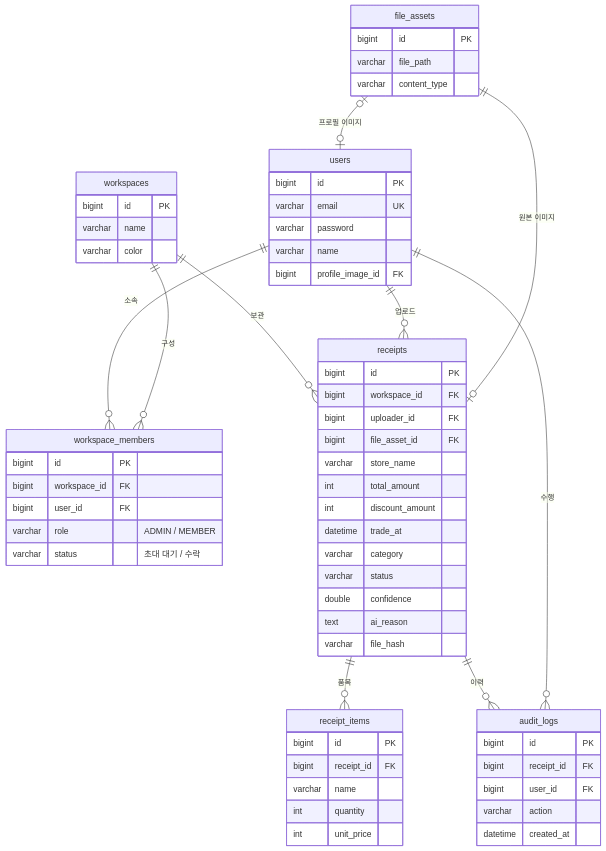
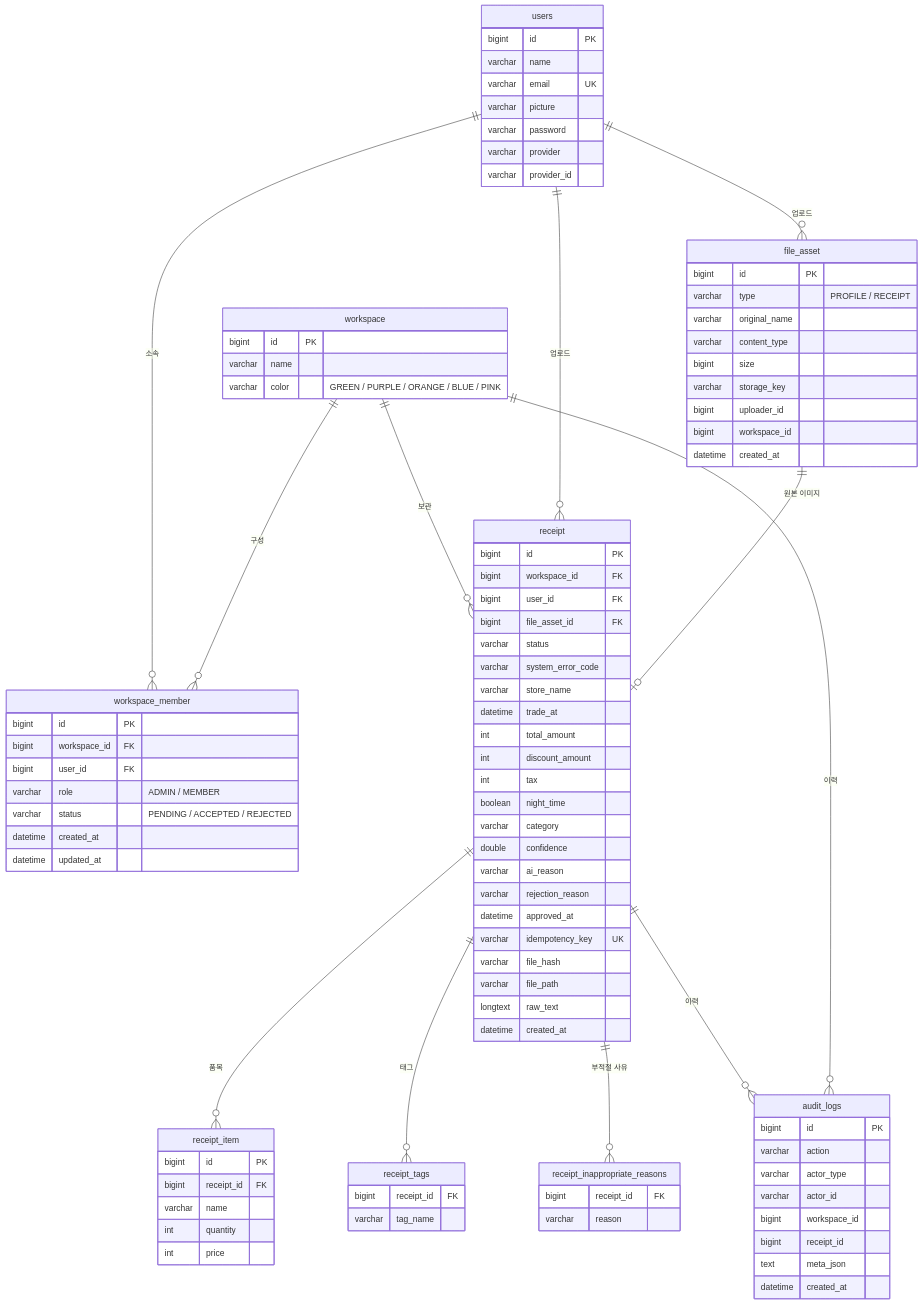
The fourth of 5 diagrams in README.md (kkw8989/Re-Mate), drawn with Mermaid before and after one commit. The commit also changed other lines of this file, not shown here.

````diff
--- a/README.md
+++ b/README.md
@@ -243,66 +283,98 @@
 ```mermaid
 erDiagram
-    users ||--o{ workspace_members : "소속"
-    workspaces ||--o{ workspace_members : "구성"
-    workspaces ||--o{ receipts : "보관"
-    users ||--o{ receipts : "업로드"
-    receipts ||--o{ receipt_items : "품목"
-    file_assets ||--o| receipts : "원본 이미지"
-    file_assets |o--o| users : "프로필 이미지"
-    receipts ||--o{ audit_logs : "이력"
-    users ||--o{ audit_logs : "수행"
+    users ||--o{ workspace_member : "소속"
+    workspace ||--o{ workspace_member : "구성"
+    workspace ||--o{ receipt : "보관"
+    users ||--o{ receipt : "업로드"
+    receipt ||--o{ receipt_item : "품목"
+    receipt ||--o{ receipt_tags : "태그"
+    receipt ||--o{ receipt_inappropriate_reasons : "부적절 사유"
+    file_asset ||--o| receipt : "원본 이미지"
+    users ||--o{ file_asset : "업로드"
+    receipt ||--o{ audit_logs : "이력"
+    workspace ||--o{ audit_logs : "이력"
 
     users {
         bigint id PK
+        varchar name
         varchar email UK
+        varchar picture
         varchar password
-        varchar name
-        bigint profile_image_id FK
+        varchar provider
+        varchar provider_id
     }
-    workspaces {
+    workspace {
         bigint id PK
         varchar name
-        varchar color
+        varchar color "GREEN / PURPLE / ORANGE / BLUE / PINK"
     }
-    workspace_members {
+    workspace_member {
         bigint id PK
         bigint workspace_id FK
         bigint user_id FK
         varchar role "ADMIN / MEMBER"
-        varchar status "초대 대기 / 수락"
+        varchar status "PENDING / ACCEPTED / REJECTED"
+        datetime created_at
+        datetime updated_at
     }
-    receipts {
+    receipt {
         bigint id PK
         bigint workspace_id FK
-        bigint uploader_id FK
+        bigint user_id FK
         bigint file_asset_id FK
+        varchar status
+        varchar system_error_code
         varchar store_name
+        datetime trade_at
         int total_amount
         int discount_amount
-        datetime trade_at
+        int tax
+        boolean night_time
         varchar category
-        varchar status
         double confidence
-        text ai_reason
+        varchar ai_reason
+        varchar rejection_reason
+        datetime approved_at
+        varchar idempotency_key UK
         varchar file_hash
+        varchar file_path
+        longtext raw_text
+        datetime created_at
     }
-    receipt_items {
+    receipt_item {
         bigint id PK
         bigint receipt_id FK
         varchar name
         int quantity
-        int unit_price
+        int price
+    }
+    receipt_tags {
+        bigint receipt_id FK
+        varchar tag_name
+    }
+    receipt_inappropriate_reasons {
+        bigint receipt_id FK
+        varchar reason
     }
     audit_logs {
         bigint id PK
-        bigint receipt_id FK
-        bigint user_id FK
         varchar action
+        varchar actor_type
+        varchar actor_id
+        bigint workspace_id
+        bigint receipt_id
+        text meta_json
         datetime created_at
     }
-    file_assets {
+    file_asset {
         bigint id PK
-        varchar file_path
+        varchar type "PROFILE / RECEIPT"
+        varchar original_name
         varchar content_type
+        bigint size
+        varchar storage_key
+        bigint uploader_id
+        bigint workspace_id
+        datetime created_at
     }
 ```
````
